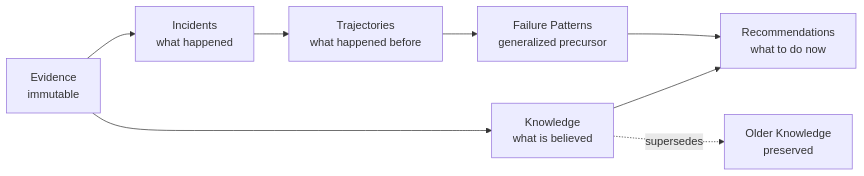
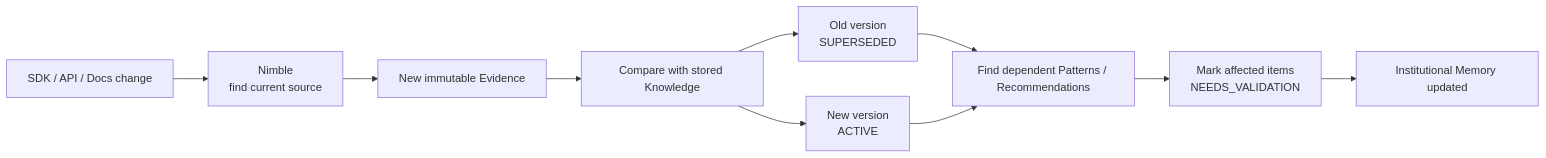
The sixth of 12 diagrams in docs/interactive-memory-architecture.md (arushivashist/horizon-hack), drawn with Mermaid before and after one commit. The commit also changed other lines of this file, not shown here.

Commit message:
Clarify full flow, institutional memory and bounded context

````diff
--- a/docs/interactive-memory-architecture.md
+++ b/docs/interactive-memory-architecture.md
@@ -195,10 +287,12 @@
 ```mermaid
 flowchart LR
-    E["Evidence<br/>immutable"] --> I["Incidents<br/>what happened"]
-    E --> K["Knowledge<br/>what is believed"]
-    I --> T["Trajectories<br/>what happened before"]
-    T --> P["Failure Patterns<br/>generalized precursor"]
-    K --> R["Recommendations<br/>what to do now"]
-    P --> R
-    K -. supersedes .-> K2["Older Knowledge<br/>preserved"]
+    CHANGE["SDK / API / Docs change"] --> NIM3["Nimble<br/>find current source"]
+    NIM3 --> EV3["New immutable Evidence"]
+    EV3 --> CHECK3["Compare with stored Knowledge"]
+    CHECK3 --> OLD3["Old version<br/>SUPERSEDED"]
+    CHECK3 --> NEW3["New version<br/>ACTIVE"]
+    OLD3 --> IMP3["Find dependent Patterns / Recommendations"]
+    NEW3 --> IMP3
+    IMP3 --> VAL3["Mark affected items<br/>NEEDS_VALIDATION"]
+    VAL3 --> MEM4["Institutional Memory updated"]
 ```
````
